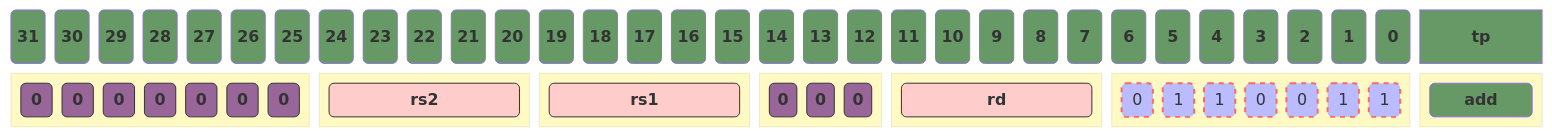
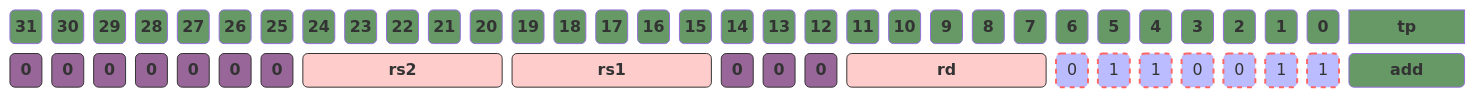
The fourth of 4 diagrams in README.md (0x822a5b87/tiny-RISC-V), drawn with Mermaid before and after one commit.

Commit message:
[main][update]add example of opcode add

````diff
--- a/README.md
+++ b/README.md
@@ -346,78 +346,63 @@
 ```mermaid
 ---
 title: add
 config:
     block:
         padding : 10
         font_size : 20
 ---
 block-beta
 
 columns 35
 31("31") 30("30") 29("29") 28("28") 27("27") 26("26") 25("25") 24("24") 23("23") 22("22") 21("21") 20("20") 19("19") 18("18") 17("17") 16("16") 15("15") 14("14") 13("13") 12("12") 11("11") 10("10") 9("9") 8("8") 7("7") 6("6") 5("5") 4("4") 3("3") 2("2") 1("1") 0("0") type["tp"]:3
 
-block:g_1:7
-    columns 7
-    b0("0"):1
-    b1("0"):1
-    b2("0"):1
-    b3("0"):1
-    b4("0"):1
-    b5("0"):1
-    b6("0"):1
-end
+b0("0"):1
+b1("0"):1
+b2("0"):1
+b3("0"):1
+b4("0"):1
+b5("0"):1
+b6("0"):1
 
-block:g_2:5
-    rs2("rs2")
-end
+rs2("rs2"):5
 
-block:g_3:5
-    rs1("rs1")
-end
+rs1("rs1"):5
 
-block:g_4:3
-    columns 3
-    c0("0"):1
-    c1("0"):1
-    c2("0"):1
-end
+c0("0"):1
+c1("0"):1
+c2("0"):1
 
-block:g_5:5
-    rd("rd")
-end
+rd("rd"):5
 
-block:g_6:7
-    opcode_0("0")
-    opcode_1("1")
-    opcode_2("1")
-    opcode_3("0")
-    opcode_4("0")
-    opcode_5("1")
-    opcode_6("1")
-end
+opcode_0("0")
+opcode_1("1")
+opcode_2("1")
+opcode_3("0")
+opcode_4("0")
+opcode_5("1")
+opcode_6("1")
 
-block:g_7:3
-    add("add")
-end
+add("add"):3
+
 
 classDef pink 1,fill:#FFCCCC,stroke:#333, color: #fff, font-weight:bold;
 classDef pale_pink fill:#E1BEE7,color:#000000;
 classDef green fill: #696,color: #fff,font-weight: bold;
 classDef purple fill:#969,stroke:#333, font-weight: bold;
 classDef error fill:#bbf,stroke:#f66,stroke-width:2px,color:#fff,stroke-dasharray: 5 5
 classDef coral fill:#f9f,stroke:#333,stroke-width:4px;
 classDef animate stroke-dasharray: 9,5,stroke-dashoffset: 900,animation: dash 25s linear infinite;
 classDef yellow fill:#FFF9C4,color:#000000;
 
 
 class 31,30,29,28,27,26,25,24,23,22,21,20,19,18,17,16,15,14,13,12,11,10,9,8,7,6,5,4,3,2,1,0,type,add green
 
 class g_1,g_2,g_3,g_4,g_5,g_6,g_7 yellow
 
 class b0,b1,b2,b3,b4,b5,b6,c0,c1,c2 purple
 
 class rs2,rs1,rd class l_4_2 pink
 
 class opcode_0,opcode_1,opcode_2,opcode_3,opcode_4,opcode_5,opcode_6 error
 
 ```
````
